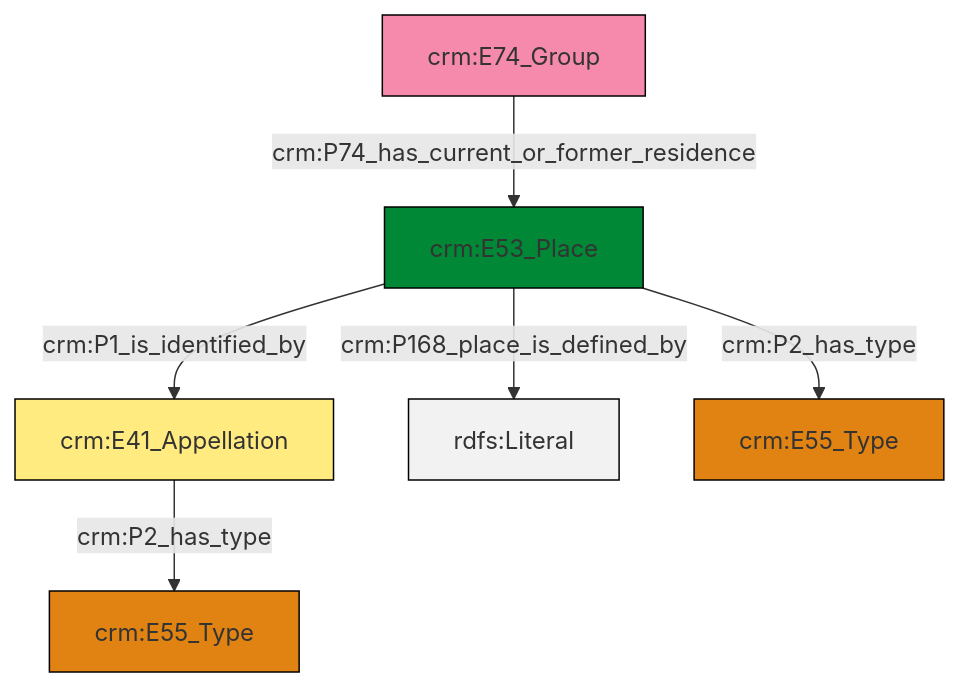
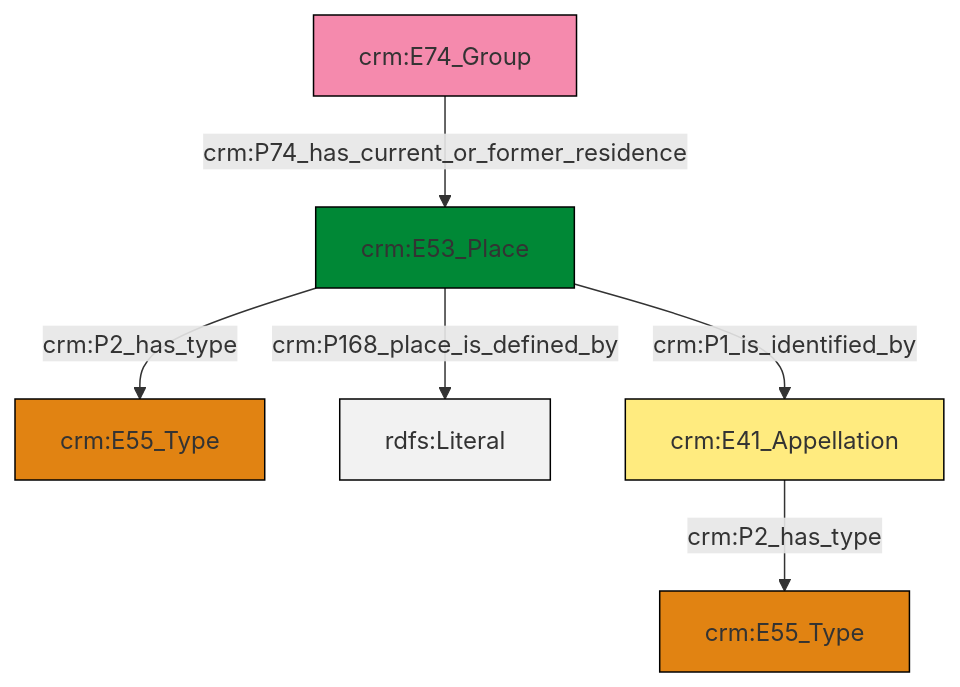
One commit to swiss-art-research-net/docs.swissartresearch changed the diagram in et/groupCSV/ttl/mmd/group_location.ttl.mmd. Above: the diagram before and after it, drawn with Mermaid. The commit also changed 176 other files, not shown here.

```diff
--- a/et/groupCSV/ttl/mmd/group_location.ttl.mmd
+++ b/et/groupCSV/ttl/mmd/group_location.ttl.mmd
@@ -1,20 +1,20 @@
 graph TD
 classDef Literal fill:#f2f2f2,stroke:#000000;
 classDef CRM_Entity fill:#FFFFFF,stroke:#000000;
 classDef Temporal_Entity fill:#00C9E6, stroke:#000000;
 classDef Type fill:#E18312, stroke:#000000;
 classDef Time-Span fill:#2C9C91, stroke:#000000;
 classDef Appellation fill:#FFEB7F, stroke:#000000;
 classDef Place fill:#008836, stroke:#000000;
 classDef Persistent_Item fill:#B266B2, stroke:#000000;
 classDef Conceptual_Object fill:#FFD700, stroke:#000000;
 classDef Physical_Thing fill:#D2B48C, stroke:#000000;
 classDef Actor fill:#f58aad, stroke:#000000;
 classDef PC_Classes fill:#4ce600, stroke:#000000;
 classDef Multi fill:#cccccc,stroke:#000000;
 
-0["crm:E53_Place"]:::Place -->|crm:P1_is_identified_by| 1["crm:E41_Appellation"]:::Appellation
-0["crm:E53_Place"]:::Place -->|crm:P168_place_is_defined_by| 4[rdfs:Literal]:::Literal
-2["crm:E74_Group"]:::Actor -->|crm:P74_has_current_or_former_residence| 0["crm:E53_Place"]:::Place
-1["crm:E41_Appellation"]:::Appellation -->|crm:P2_has_type| 7["crm:E55_Type"]:::Type
-0["crm:E53_Place"]:::Place -->|crm:P2_has_type| 10["crm:E55_Type"]:::Type
+2["crm:E53_Place"]:::Place -->|crm:P2_has_type| 3["crm:E55_Type"]:::Type
+2["crm:E53_Place"]:::Place -->|crm:P168_place_is_defined_by| 6[rdfs:Literal]:::Literal
+7["crm:E41_Appellation"]:::Appellation -->|crm:P2_has_type| 8["crm:E55_Type"]:::Type
+2["crm:E53_Place"]:::Place -->|crm:P1_is_identified_by| 7["crm:E41_Appellation"]:::Appellation
+0["crm:E74_Group"]:::Actor -->|crm:P74_has_current_or_former_residence| 2["crm:E53_Place"]:::Place
```
